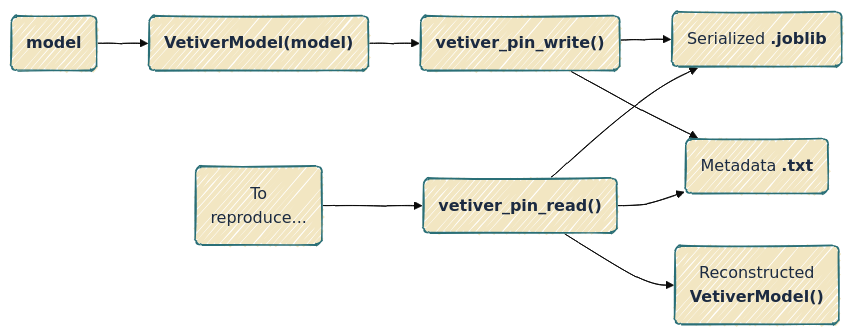
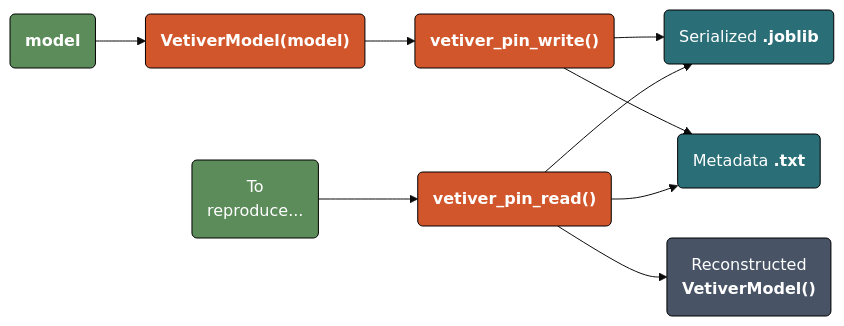
The fourth of 5 diagrams in lab02.qmd (mjfrigaard/do4ds-labs), drawn with Mermaid before and after one commit. The commit also changed other lines of this file and 48 other files, not shown here.

````diff
--- a/lab02.qmd
+++ b/lab02.qmd
@@ -381,21 +397,28 @@
 ```{mermaid}
 %%| fig-cap: 'vetiver_pin_write()'
-%%| fig-align: center
-%%{init: {'theme': 'base', 'look': 'handDrawn', 'themeVariables': {'fontFamily': 'monospace'}}}%%
+%%| fig-align: 'center'
+%%{init: {'theme': 'base', 'themeVariables': {'fontFamily': 'monospace'}}}%%
 
 flowchart LR
     Mod("<strong>model</strong>") --> VetMod("<strong>VetiverModel(model)</strong>")
     VetMod --> VPW("<strong>vetiver_pin_write()</strong>")
     VPW --> Joblib("Serialized <strong>.joblib</strong>")
     VPW --> Meta("Metadata <strong>.txt</strong>")
     
     Rep("To<br>reproduce...") --> VPR("<strong>vetiver_pin_read()</strong>")
     VPR --> Joblib
     VPR --> Meta
     VPR --> Recon("Reconstructed<br><strong>VetiverModel()</strong>")
 
     %% Style for outputs %%
-    classDef default fill:#F2E6C2,stroke:#2A6F77,color:#1B2A41
-    
+    style Mod fill:#5B8C5A,stroke:#000000,stroke-width:1px,color:#ffffff
+    style VetMod fill:#D2562B,stroke:#000000,stroke-width:1px,color:#ffffff
+    style VPW fill:#D2562B,stroke:#000000,stroke-width:1px,color:#ffffff
+    style Joblib fill:#2A6F77,stroke:#000000,stroke-width:1px,color:#ffffff
+    style Meta fill:#2A6F77,stroke:#000000,stroke-width:1px,color:#ffffff
+    style Rep fill:#5B8C5A,stroke:#000000,stroke-width:1px,color:#ffffff
+    style VPR fill:#D2562B,stroke:#000000,stroke-width:1px,color:#ffffff
+    style Recon fill:#485466,stroke:#000000,stroke-width:1px,color:#ffffff
+
 
 ```
````
